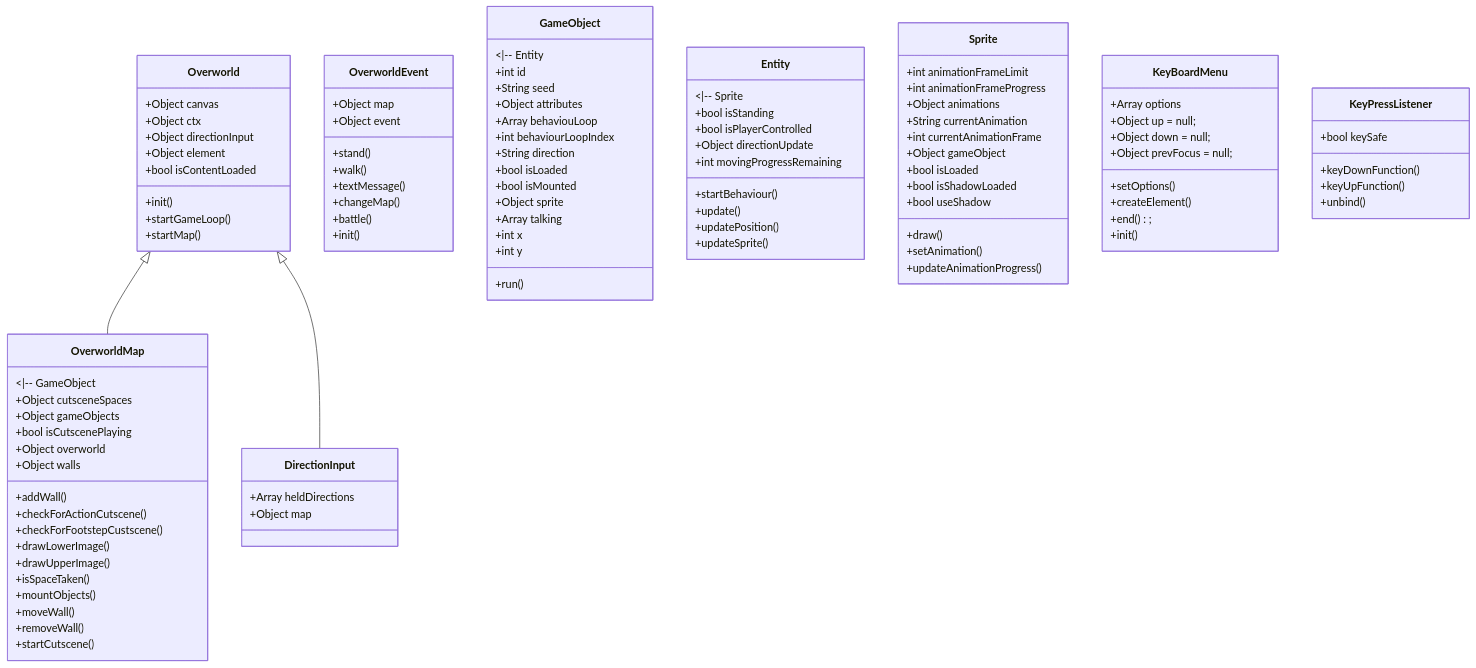
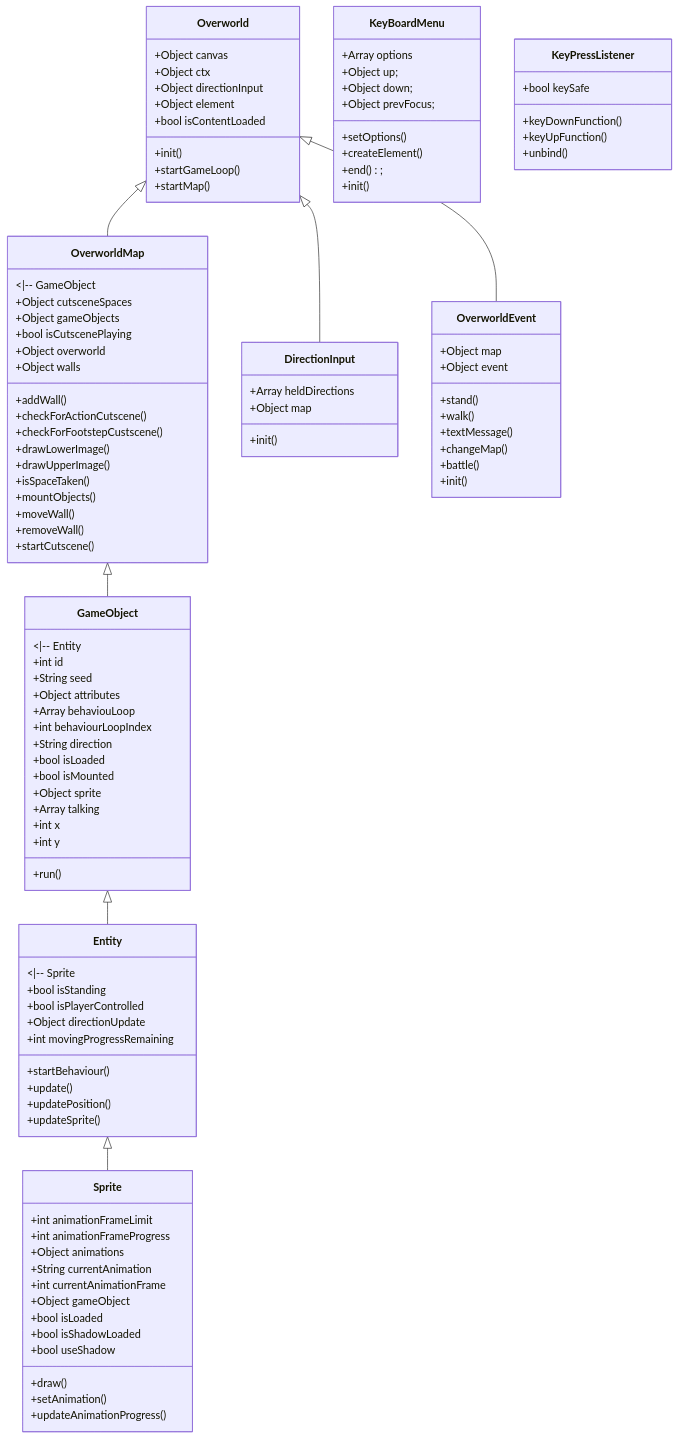
One commit to ITsPorky/land-of-zenethians-2d-rpg changed the diagram in README.md. Above: the diagram before and after it, drawn with Mermaid.

Commit message:
Updated UML Diagram

```diff
--- a/README.md
+++ b/README.md
@@ -29,6 +29,10 @@
 classDiagram
       Overworld <|-- OverworldMap
       Overworld <|-- DirectionInput
+      Overworld <|-- OverworldEvent
+      OverworldMap <|-- GameObject
+      GameObject <|-- Entity
+      Entity <|-- Sprite
       Overworld : +Object canvas
       Overworld : +Object ctx
       Overworld : +Object directionInput
@@ -68,6 +72,7 @@
       class DirectionInput{
           +Array heldDirections
           +Object map
+          +init()
       }
       class GameObject{
           <|-- Entity
@@ -112,9 +117,9 @@
       }
       class KeyBoardMenu{
           +Array options
-          +Object up = null;
-          +Object down = null;
-          +Object prevFocus = null;
+          +Object up;
+          +Object down;
+          +Object prevFocus;
           +setOptions()
           +createElement()
           +end();
```
